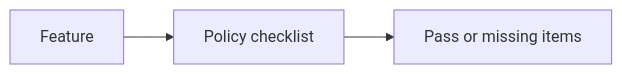
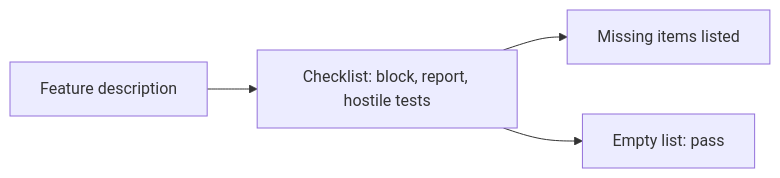
Before and after one commit to mohamedmabrouk582/Android-Ai-Lab: the diagram in lab-play-policy/README.md, drawn with Mermaid. The commit also changed other lines of this file and 41 other files, not shown here.

````diff
--- a/lab-play-policy/README.md
+++ b/lab-play-policy/README.md
@@ -13,4 +27,6 @@
 ```mermaid
 flowchart LR
-  n0["Feature"] --> n1["Policy checklist"] --> n2["Pass or missing items"]
+  feature["Feature description"] --> list["Checklist: block, report, hostile tests"]
+  list --> gaps["Missing items listed"]
+  list --> clear["Empty list: pass"]
 ```
````
